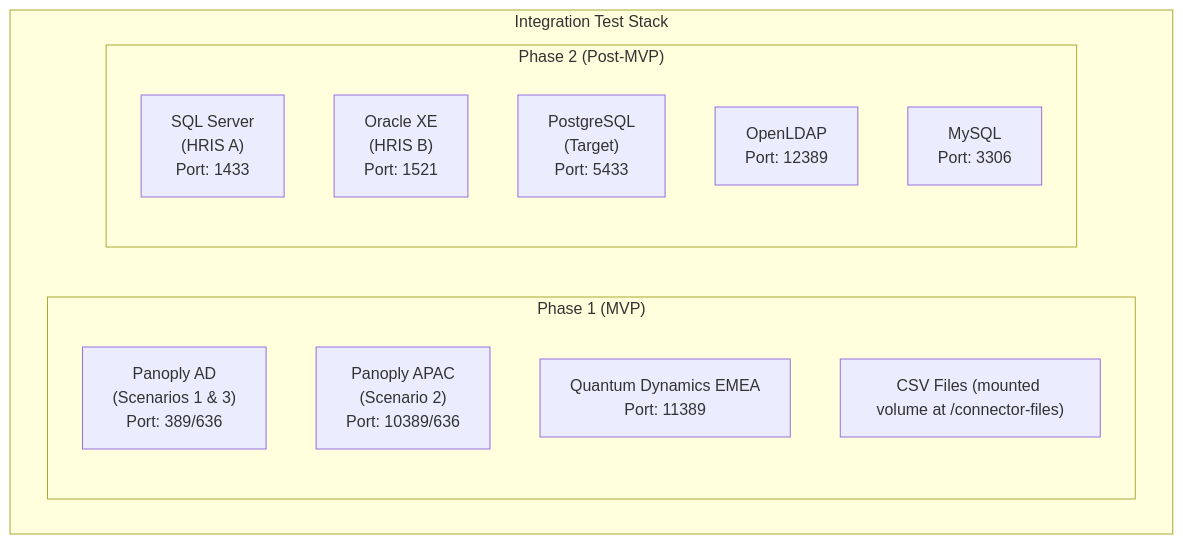
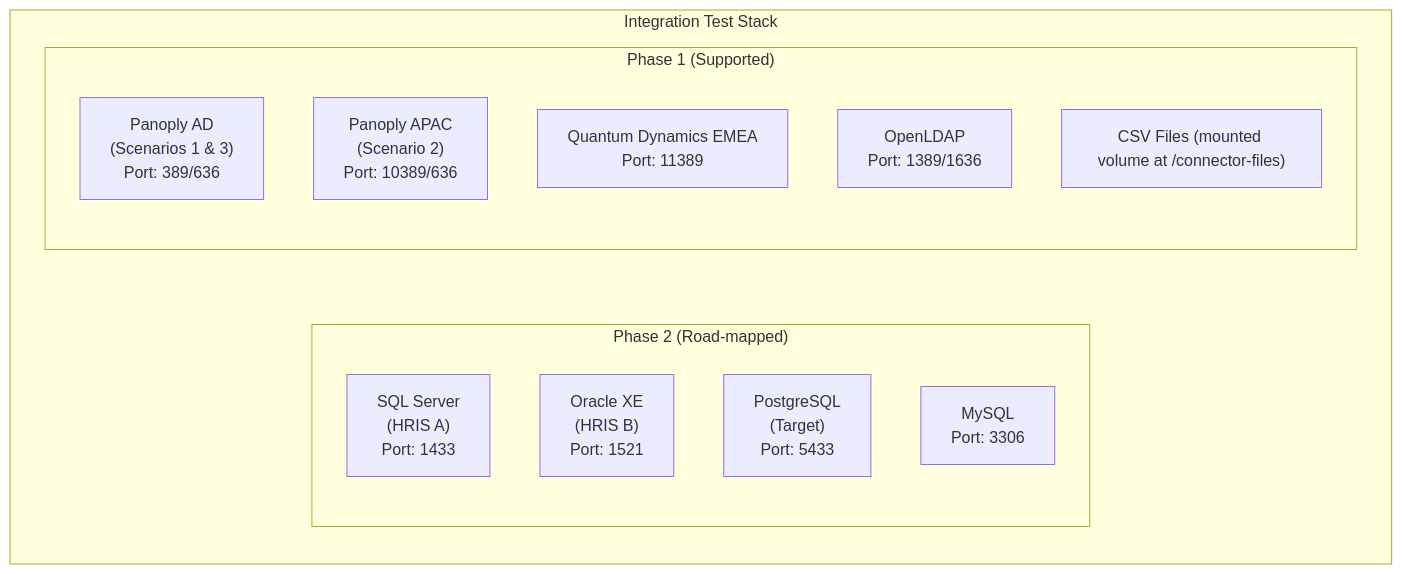
The third of 4 diagrams in engineering/INTEGRATION_TESTING.md (TetronIO/JIM), drawn with Mermaid before and after one commit. The commit also changed other lines of this file, not shown here.

````diff
--- a/engineering/INTEGRATION_TESTING.md
+++ b/engineering/INTEGRATION_TESTING.md
@@ -349,20 +358,22 @@
 ```mermaid
 flowchart TB
     subgraph Stack["Integration Test Stack"]
-        subgraph P1["Phase 1 (MVP)"]
+        direction TB
+        subgraph P1["Phase 1 (Supported)"]
             direction TB
             P1A["Panoply AD<br/>(Scenarios 1 & 3)<br/>Port: 389/636"]
             P1B["Panoply APAC<br/>(Scenario 2)<br/>Port: 10389/636"]
             P1C["Quantum Dynamics EMEA<br/>Port: 11389"]
+            P1D["OpenLDAP<br/>Port: 1389/1636"]
             CSV["CSV Files (mounted volume at /connector-files)"]
         end
-        subgraph P2["Phase 2 (Post-MVP)"]
+        subgraph P2["Phase 2 (Road-mapped)"]
             direction TB
             P2A["SQL Server<br/>(HRIS A)<br/>Port: 1433"]
             P2B["Oracle XE<br/>(HRIS B)<br/>Port: 1521"]
             P2C["PostgreSQL<br/>(Target)<br/>Port: 5433"]
-            P2D["OpenLDAP<br/>Port: 12389"]
             P2E["MySQL<br/>Port: 3306"]
         end
+        P1 ~~~ P2
     end
 ```
````
